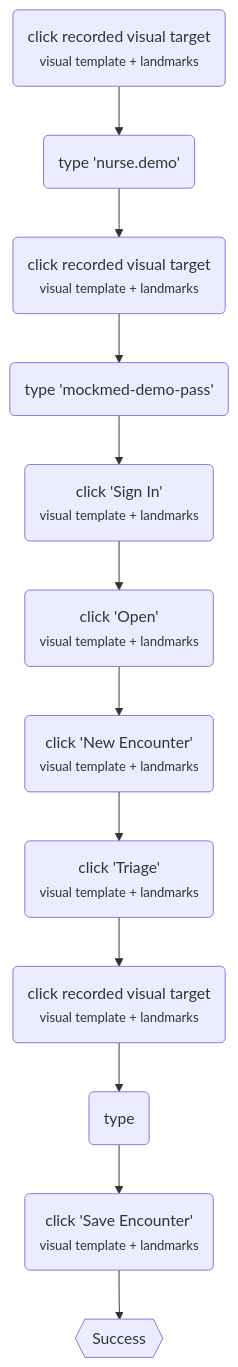
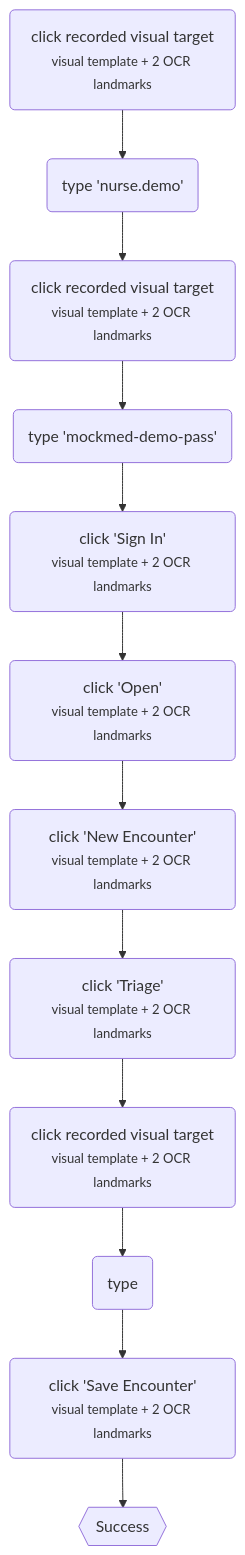
One commit to OpenAdaptAI/OpenAdapt changed the second of 2 diagrams in packages/flow/README.md. Above: the diagram before and after it, drawn with Mermaid. The commit also changed other lines of this file and 2 other files, not shown here.

Commit message:
docs: explain visual target evidence

````diff
--- a/packages/flow/README.md
+++ b/packages/flow/README.md
@@ -340,28 +340,28 @@
 ```mermaid
 flowchart TD
-  n0("click recorded visual target<br/><small>visual template + landmarks</small>")
+  n0("click recorded visual target<br/><small>visual template + 2 OCR landmarks</small>")
   n1("type 'nurse.demo'")
-  n2("click recorded visual target<br/><small>visual template + landmarks</small>")
+  n2("click recorded visual target<br/><small>visual template + 2 OCR landmarks</small>")
   n3("type 'mockmed-demo-pass'")
-  n4("click 'Sign In'<br/><small>visual template + landmarks</small>")
-  n5("click 'Open'<br/><small>visual template + landmarks</small>")
-  n6("click 'New Encounter'<br/><small>visual template + landmarks</small>")
-  n7("click 'Triage'<br/><small>visual template + landmarks</small>")
-  n8("click recorded visual target<br/><small>visual template + landmarks</small>")
+  n4("click 'Sign In'<br/><small>visual template + 2 OCR landmarks</small>")
+  n5("click 'Open'<br/><small>visual template + 2 OCR landmarks</small>")
+  n6("click 'New Encounter'<br/><small>visual template + 2 OCR landmarks</small>")
+  n7("click 'Triage'<br/><small>visual template + 2 OCR landmarks</small>")
+  n8("click recorded visual target<br/><small>visual template + 2 OCR landmarks</small>")
   n9("type <note>")
-  n10("click 'Save Encounter'<br/><small>visual template + landmarks</small>")
+  n10("click 'Save Encounter'<br/><small>visual template + 2 OCR landmarks</small>")
   n11{{"Success"}}
   n0 --> n1
   n1 --> n2
   n2 --> n3
   n3 --> n4
   n4 --> n5
   n5 --> n6
   n6 --> n7
   n7 --> n8
   n8 --> n9
   n9 --> n10
   n10 --> n11
   classDef irreversible stroke:#b4530a,stroke-width:2px;
   classDef halt stroke:#b21f2d,stroke-width:2px;
 ```
````
